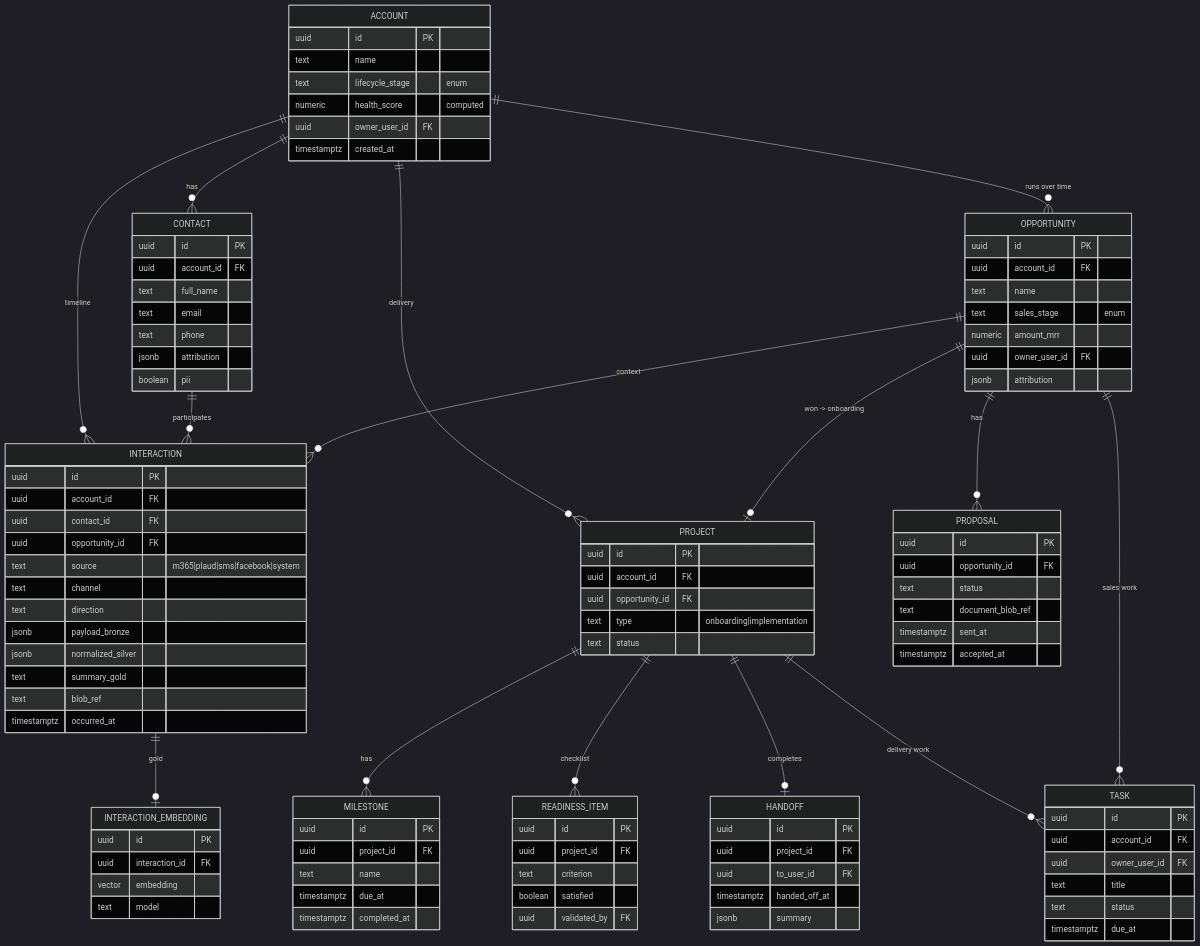
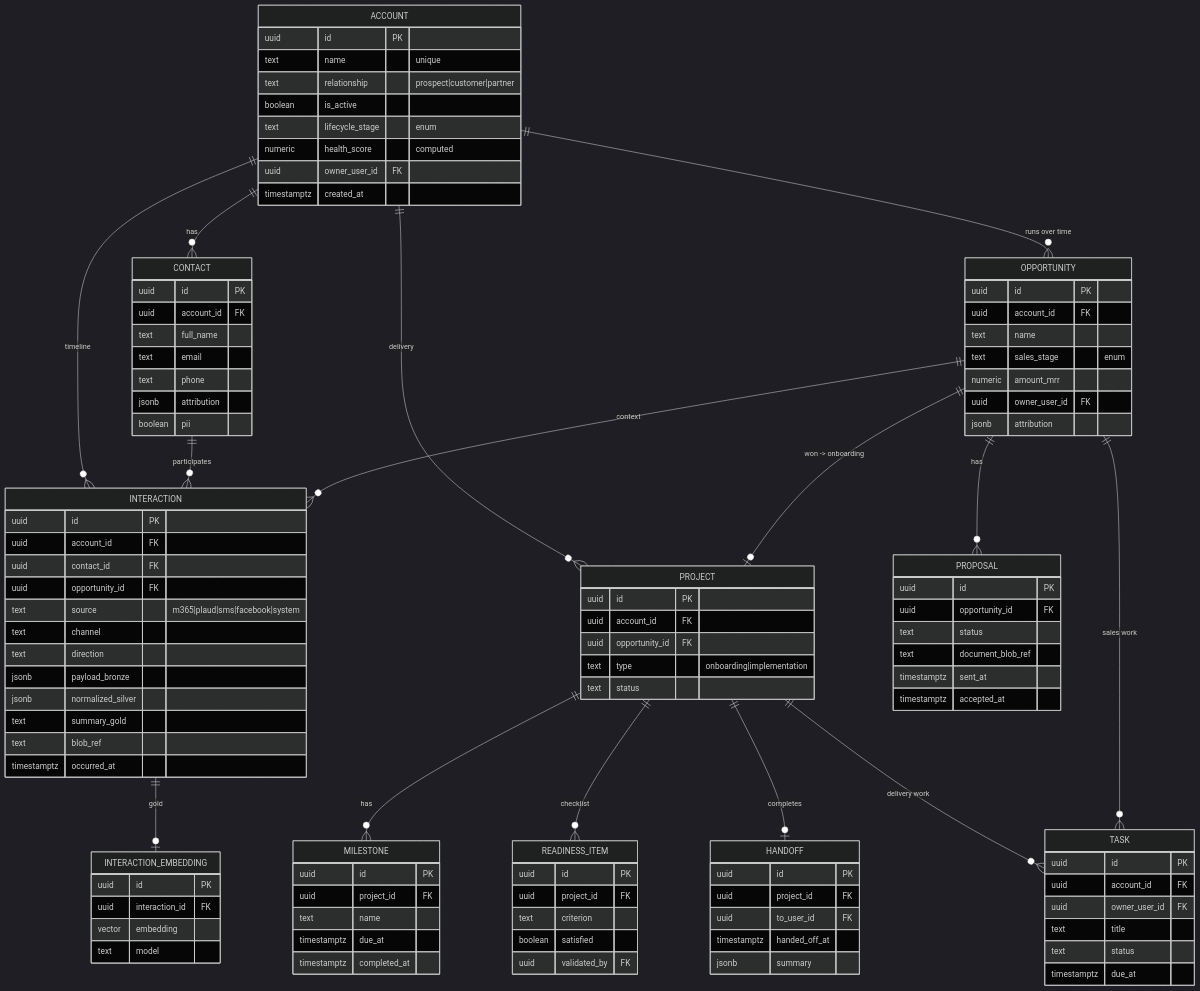
Before and after one commit to markdconnelly/ImperionCRM: the first of 3 diagrams in docs/database/data-model.md, drawn with Mermaid (dark theme). The commit also changed other lines of this file and 28 other files, not shown here.

```diff
--- a/docs/database/data-model.md
+++ b/docs/database/data-model.md
@@ -46,7 +46,9 @@
 
     ACCOUNT {
       uuid id PK
-      text name
+      text name "unique"
+      text relationship "prospect|customer|partner"
+      boolean is_active
       text lifecycle_stage "enum"
       numeric health_score "computed"
       uuid owner_user_id FK
```
